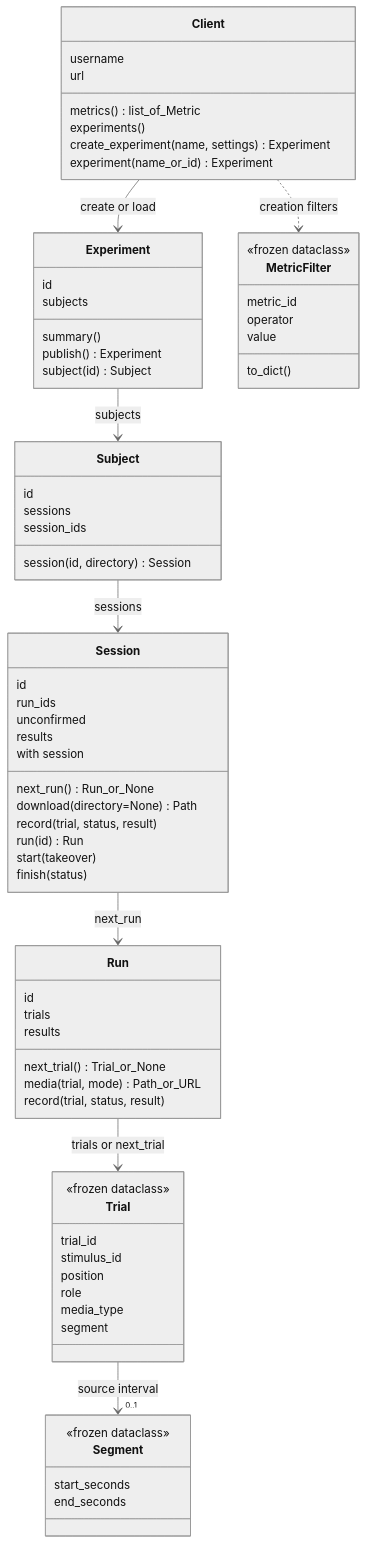
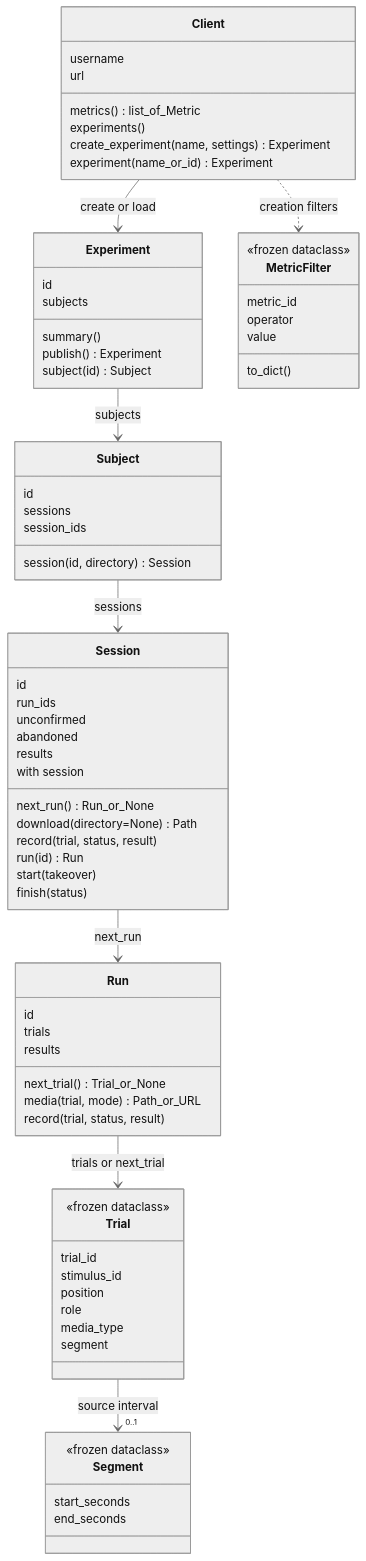
The diagram in docs/api-classes.md (lobennett/dbstim), drawn with Mermaid (neutral theme) before and after one commit. The commit also changed other lines of this file and 6 other files, not shown here.

````diff
--- a/docs/api-classes.md
+++ b/docs/api-classes.md
@@ -6,74 +6,75 @@
 ```mermaid
 classDiagram
     direction TB
     class Client {
         username
         url
         metrics() list_of_Metric
         experiments()
         create_experiment(name, settings) Experiment
         experiment(name_or_id) Experiment
     }
     class Experiment {
         id
         summary()
         subjects
         publish() Experiment
         subject(id) Subject
     }
     class Subject {
         id
         sessions
         session_ids
         session(id, directory) Session
     }
     class Session {
         id
         run_ids
         unconfirmed
+        abandoned
         results
         with session
         next_run() Run_or_None
         download(directory=None) Path
         record(trial, status, result)
         run(id) Run
         start(takeover)
         finish(status)
     }
     class Run {
         id
         trials
         results
         next_trial() Trial_or_None
         media(trial, mode) Path_or_URL
         record(trial, status, result)
     }
     class Trial {
         <<frozen dataclass>>
         trial_id
         stimulus_id
         position
         role
         media_type
         segment
     }
     class Segment {
         <<frozen dataclass>>
         start_seconds
         end_seconds
     }
     class MetricFilter {
         <<frozen dataclass>>
         metric_id
         operator
         value
         to_dict()
     }
     Client --> Experiment : create or load
     Experiment --> Subject : subjects
     Subject --> Session : sessions
     Session --> Run : next_run
     Run --> Trial : trials or next_trial
     Trial --> "0..1" Segment : source interval
     Client ..> MetricFilter : creation filters
 ```
````
